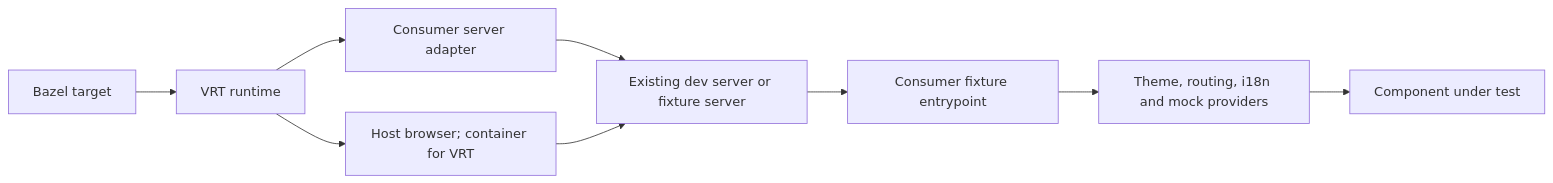
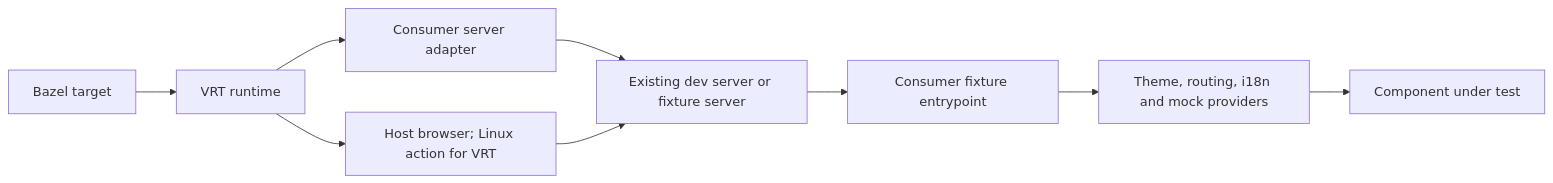
The diagram in docs/customization.md (perplexityai/rules_web_e2e), drawn with Mermaid before and after one commit. The commit also changed other lines of this file and 56 other files, not shown here.

````diff
--- a/docs/customization.md
+++ b/docs/customization.md
@@ -7,11 +7,11 @@
 ```mermaid
 flowchart LR
   Target[Bazel target] --> Runtime[VRT runtime]
   Runtime --> Adapter[Consumer server adapter]
   Adapter --> Server[Existing dev server or fixture server]
-  Runtime --> Browser[Host browser; container for VRT]
+  Runtime --> Browser[Host browser; Linux action for VRT]
   Browser --> Server
   Server --> Entry[Consumer fixture entrypoint]
   Entry --> Shell[Theme, routing, i18n and mock providers]
   Shell --> Component[Component under test]
 ```
````
